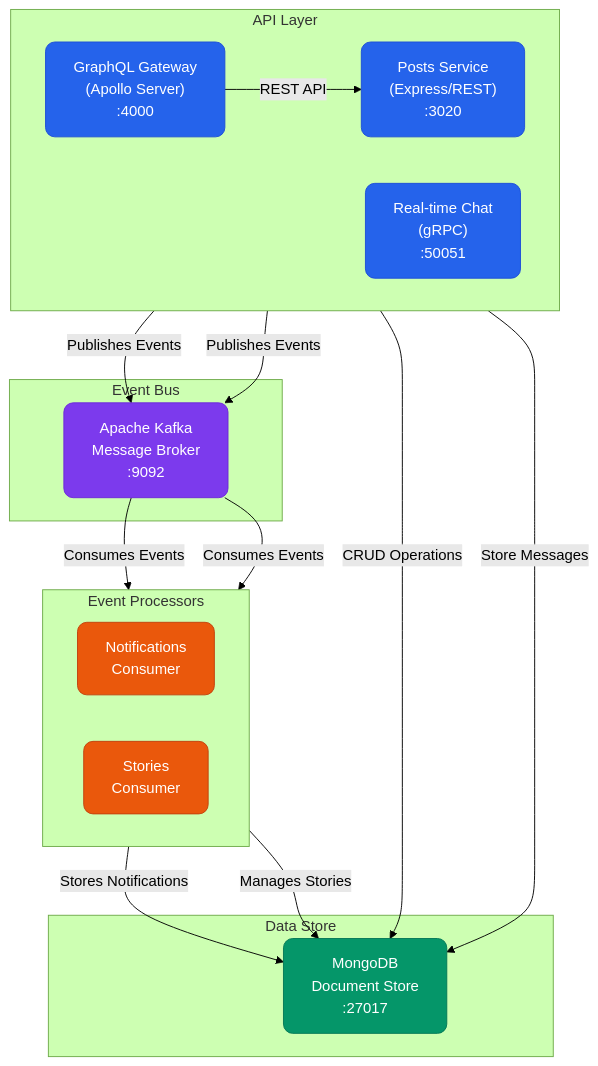
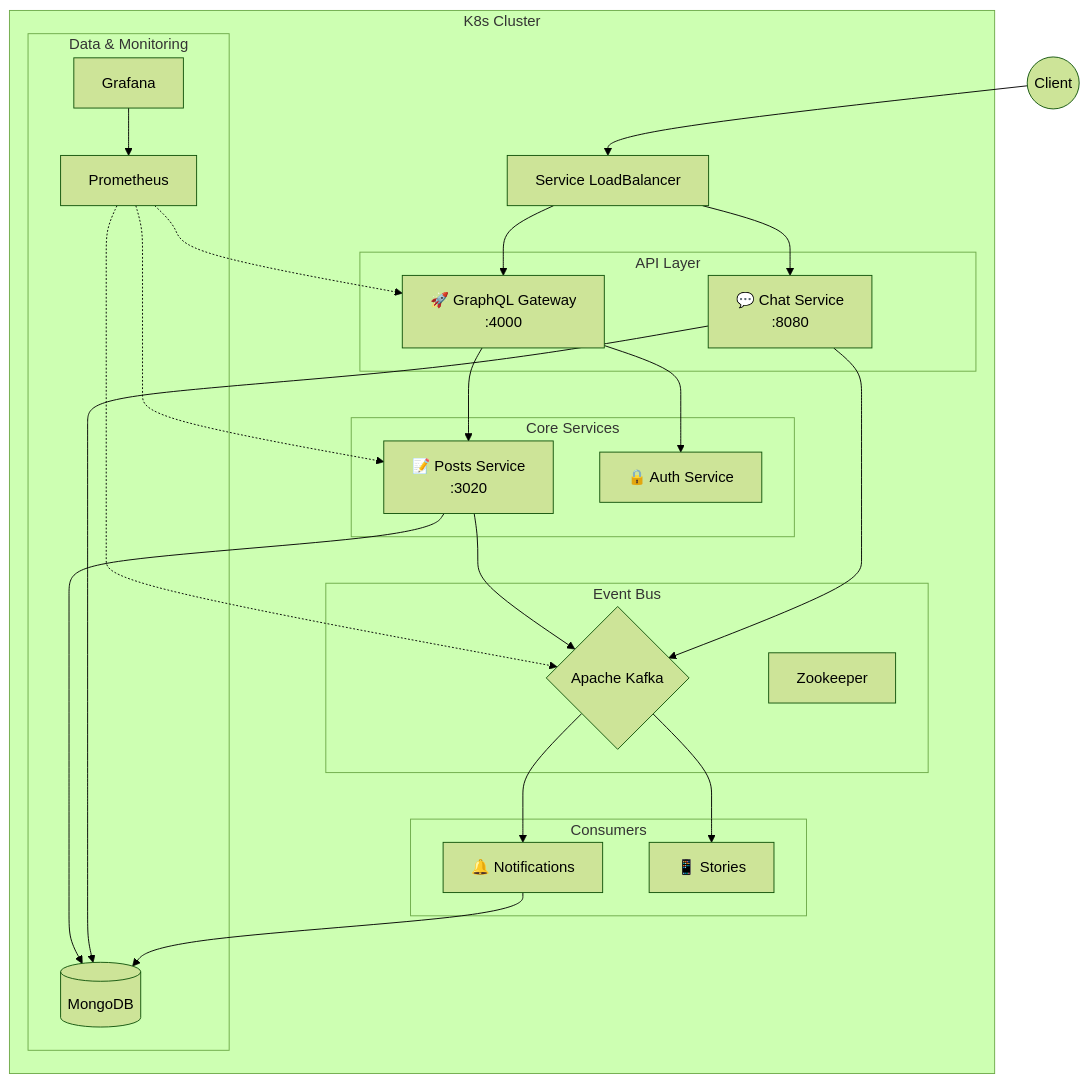
One commit to rania290/projet-micro changed the diagram in README.md. Above: the diagram before and after it, drawn with Mermaid (forest theme). The commit also changed other lines of this file and 19 other files, not shown here.

````diff
--- a/README.md
+++ b/README.md
@@ -276,52 +12,56 @@
 ```mermaid
 graph TB
-    %% Styles
-    classDef service fill:#2563eb,stroke:#1d4ed8,color:white,rx:10,ry:10;
-    classDef database fill:#059669,stroke:#047857,color:white,rx:10,ry:10;
-    classDef broker fill:#7c3aed,stroke:#6d28d9,color:white,rx:10,ry:10;
-    classDef consumer fill:#ea580c,stroke:#c2410c,color:white,rx:10,ry:10;
-
-    %% Core Services
-    subgraph "API Layer"
-        direction LR
-        Posts["Posts Service<br/>(Express/REST)<br/>:3020"];
-        GraphQL["GraphQL Gateway<br/>(Apollo Server)<br/>:4000"];
-        Chat["Real-time Chat<br/>(gRPC)<br/>:50051"];
+    Client((Client))
+    
+    subgraph "K8s Cluster"
+        Ingress[Service LoadBalancer]
+        
+        subgraph "API Layer"
+            GraphQL[🚀 GraphQL Gateway<br/>:4000]
+            ChatAPI[💬 Chat Service<br/>:8080]
+        end
+        
+        subgraph "Core Services"
+            Posts[📝 Posts Service<br/>:3020]
+            Auth[🔒 Auth Service]
+        end
+        
+        subgraph "Event Bus"
+            Kafka{Apache Kafka}
+            Zookeeper[Zookeeper]
+        end
+        
+        subgraph "Consumers"
+            Notif[🔔 Notifications]
+            Stories[📱 Stories]
+        end
+        
+        subgraph "Data & Monitoring"
+            Mongo[(MongoDB)]
+            Prom[Prometheus]
+            Graf[Grafana]
+        end
     end
 
-    %% Message Broker
-    subgraph "Event Bus"
-        Kafka["Apache Kafka<br/>Message Broker<br/>:9092"];
-    end
-
-    %% Event Consumers
-    subgraph "Event Processors"
-        direction LR
-        Notifications["Notifications<br/>Consumer"];
-        Stories["Stories<br/>Consumer"];
-    end
-
-    %% Persistence Layer
-    subgraph "Data Store"
-        MongoDB["MongoDB<br/>Document Store<br/>:27017"];
-    end
-
-    %% Relations
-    GraphQL --> |"REST API"| Posts;
-    Posts --> |"Publishes Events"| Kafka;
-    Chat --> |"Publishes Events"| Kafka;
+    Client --> Ingress
+    Ingress --> GraphQL
+    Ingress --> ChatAPI
     
-    Kafka --> |"Consumes Events"| Notifications;
-    Kafka --> |"Consumes Events"| Stories;
+    GraphQL --> Posts
+    GraphQL --> Auth
     
-    Posts --> |"CRUD Operations"| MongoDB;
-    Chat --> |"Store Messages"| MongoDB;
-    Notifications --> |"Stores Notifications"| MongoDB;
-    Stories --> |"Manages Stories"| MongoDB;
-
-    %% Apply styles
-    class Posts,GraphQL,Chat service;
-    class MongoDB database;
-    class Kafka broker;
-    class Notifications,Stories consumer;
+    Posts --> Kafka
+    ChatAPI --> Kafka
+    
+    Kafka --> Notif
+    Kafka --> Stories
+    
+    Posts --> Mongo
+    ChatAPI --> Mongo
+    Notif --> Mongo
+    
+    Prom -.-> GraphQL
+    Prom -.-> Posts
+    Prom -.-> Kafka
+    Graf --> Prom
 ```
````
